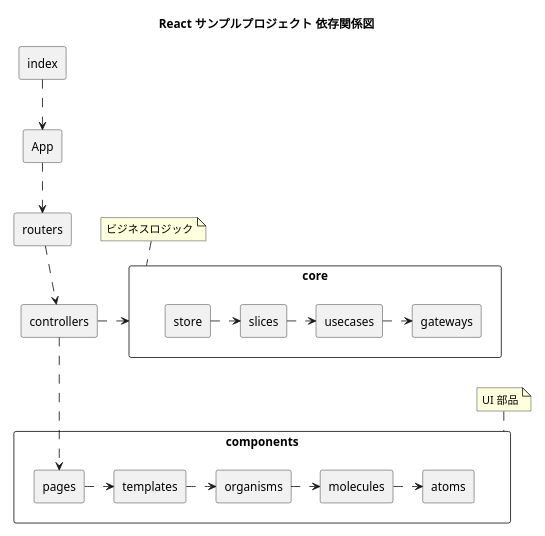
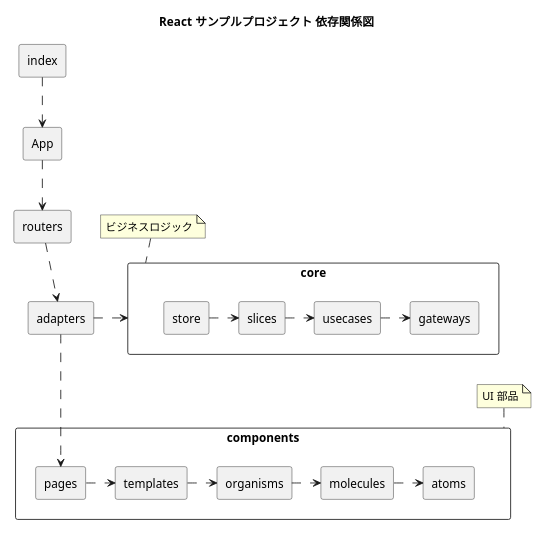
One commit to yamagame/react-typescript-starter-app changed the second of 2 diagrams in docs/diagrams/src/architecture.plantuml. Above: the diagram before and after it, drawn with PlantUML. The commit also changed 1 other file, not shown here.

```diff
--- a/docs/diagrams/src/architecture.plantuml
+++ b/docs/diagrams/src/architecture.plantuml
@@ -51,48 +51,48 @@
 @startuml dependencies
 scale 400 width
 title  React サンプルプロジェクト 依存関係図
 
 skinparam packageStyle Rectangle
 
 rectangle index
 rectangle App
 rectangle routers
-rectangle controllers
+rectangle adapters
 package components {
   rectangle pages
   rectangle organisms
   rectangle molecules
   rectangle atoms
   rectangle templates
 }
 
 note top of components
   UI 部品
 end note
 
 index ..> App
 App ..> routers
-routers ..> controllers
+routers ..> adapters
 pages .> templates
-controllers ...> pages
+adapters ...> pages
 organisms .> molecules
 molecules .> atoms
 templates .> organisms
 
 package core {
   rectangle gateways
   rectangle slices
   rectangle store
   rectangle usecases
 }
 
-controllers .> core
+adapters .> core
 store .> slices
 slices .> usecases
 usecases .> gateways
 
 note top of core
   ビジネスロジック
 end note
 
 @enduml
```
